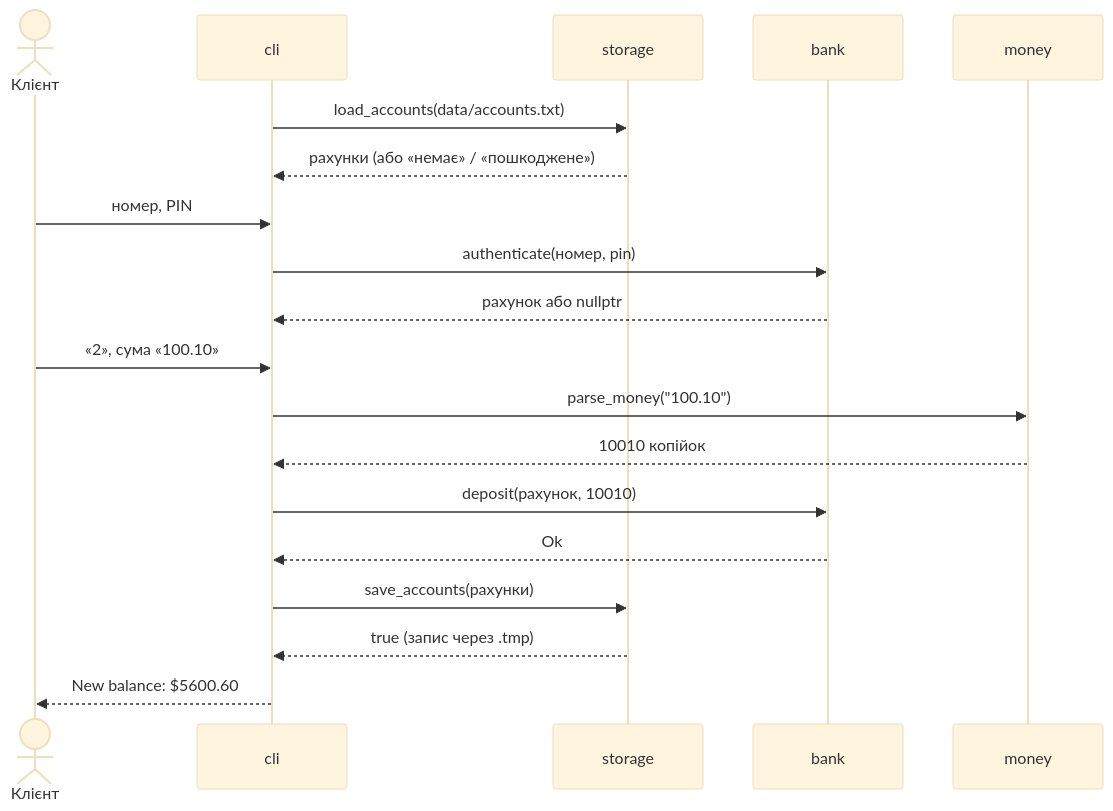
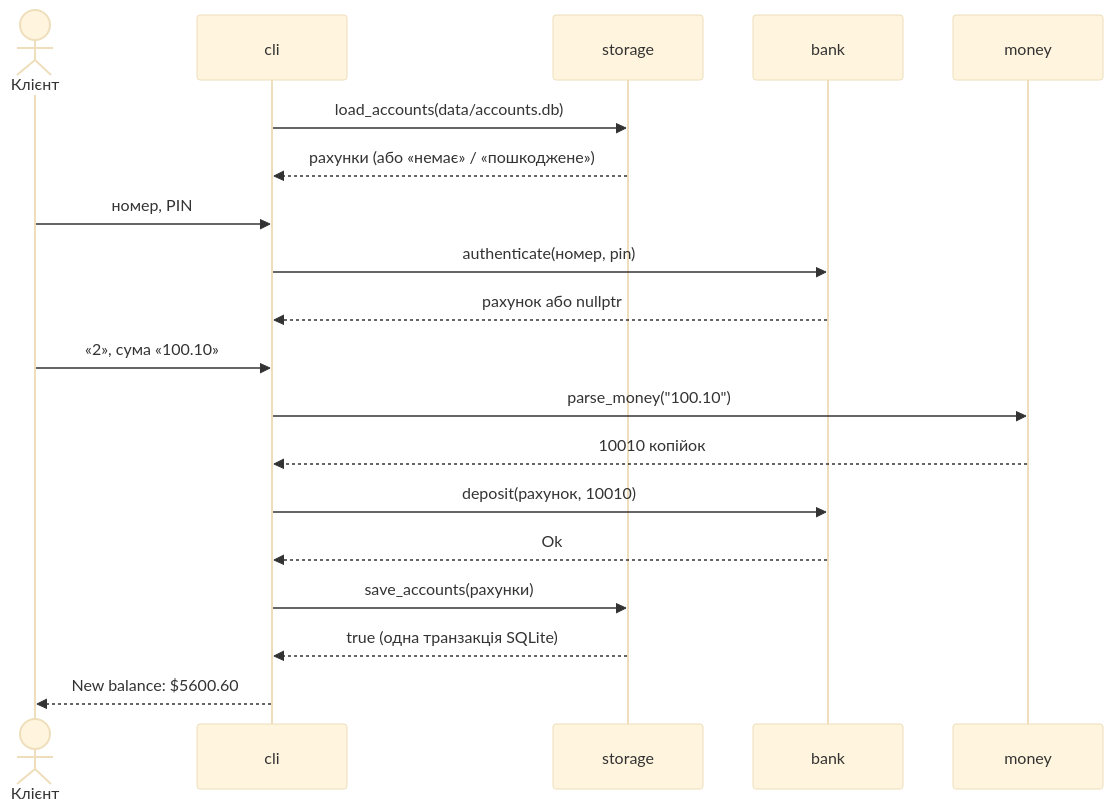
One commit to dyrikos/product-banksystem changed the first of 2 diagrams in 2-architecture/integration-plan.md. Above: the diagram before and after it, drawn with Mermaid (base theme). The commit also changed 38 other files, not shown here.

````diff
--- a/2-architecture/integration-plan.md
+++ b/2-architecture/integration-plan.md
@@ -15,21 +15,21 @@
 ```mermaid
 sequenceDiagram
     actor C as Клієнт
     participant cli
     participant storage
     participant bank
     participant money
-    cli->>storage: load_accounts(data/accounts.txt)
+    cli->>storage: load_accounts(data/accounts.db)
     storage-->>cli: рахунки (або «немає» / «пошкоджене»)
     C->>cli: номер, PIN
     cli->>bank: authenticate(номер, pin)
     bank-->>cli: рахунок або nullptr
     C->>cli: «2», сума «100.10»
     cli->>money: parse_money("100.10")
     money-->>cli: 10010 копійок
     cli->>bank: deposit(рахунок, 10010)
     bank-->>cli: Ok
     cli->>storage: save_accounts(рахунки)
-    storage-->>cli: true (запис через .tmp)
+    storage-->>cli: true (одна транзакція SQLite)
     cli-->>C: New balance: $5600.60
 ```
````
